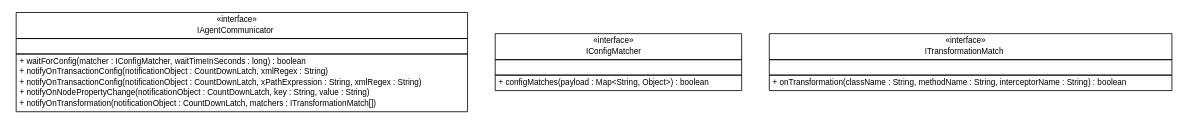
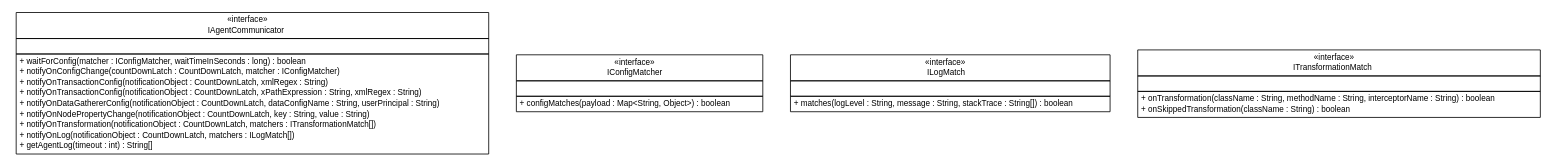
The diagram in application-agent-api/ApplicationAgentAPIJavadocs/com/appdynamics/apm/appagent/api/debug/com.appdynamics.apm.appagent.api.debug.dot (qldong/java-sdk), drawn with Graphviz before and after one commit. The commit also changed 49 other files, not shown here.

```diff
--- a/application-agent-api/ApplicationAgentAPIJavadocs/com/appdynamics/apm/appagent/api/debug/com.appdynamics.apm.appagent.api.debug.dot
+++ b/application-agent-api/ApplicationAgentAPIJavadocs/com/appdynamics/apm/appagent/api/debug/com.appdynamics.apm.appagent.api.debug.dot
@@ -1,55 +1,73 @@
 #!/usr/local/bin/dot
 #
 # Class diagram 
 # Generated by UMLGraph version 5.4 (http://www.umlgraph.org/)
 #
 
 digraph G {
 	edge [fontname="Helvetica",fontsize=10,labelfontname="Helvetica",labelfontsize=10];
 	node [fontname="Helvetica",fontsize=10,shape=plaintext];
 	nodesep=0.25;
 	ranksep=0.5;
 	// com.appdynamics.apm.appagent.api.debug.IAgentCommunicator
-	c7 [label=<<table title="com.appdynamics.apm.appagent.api.debug.IAgentCommunicator" border="0" cellborder="1" cellspacing="0" cellpadding="2" port="p" href="./IAgentCommunicator.html">
+	c11 [label=<<table title="com.appdynamics.apm.appagent.api.debug.IAgentCommunicator" border="0" cellborder="1" cellspacing="0" cellpadding="2" port="p" href="./IAgentCommunicator.html">
 		<tr><td><table border="0" cellspacing="0" cellpadding="1">
 <tr><td align="center" balign="center"> &#171;interface&#187; </td></tr>
 <tr><td align="center" balign="center"> IAgentCommunicator </td></tr>
 		</table></td></tr>
 		<tr><td><table border="0" cellspacing="0" cellpadding="1">
 <tr><td align="left" balign="left">  </td></tr>
 		</table></td></tr>
 		<tr><td><table border="0" cellspacing="0" cellpadding="1">
 <tr><td align="left" balign="left"> + waitForConfig(matcher : IConfigMatcher, waitTimeInSeconds : long) : boolean </td></tr>
+<tr><td align="left" balign="left"> + notifyOnConfigChange(countDownLatch : CountDownLatch, matcher : IConfigMatcher) </td></tr>
 <tr><td align="left" balign="left"> + notifyOnTransactionConfig(notificationObject : CountDownLatch, xmlRegex : String) </td></tr>
 <tr><td align="left" balign="left"> + notifyOnTransactionConfig(notificationObject : CountDownLatch, xPathExpression : String, xmlRegex : String) </td></tr>
+<tr><td align="left" balign="left"> + notifyOnDataGathererConfig(notificationObject : CountDownLatch, dataConfigName : String, userPrincipal : String) </td></tr>
 <tr><td align="left" balign="left"> + notifyOnNodePropertyChange(notificationObject : CountDownLatch, key : String, value : String) </td></tr>
 <tr><td align="left" balign="left"> + notifyOnTransformation(notificationObject : CountDownLatch, matchers : ITransformationMatch[]) </td></tr>
+<tr><td align="left" balign="left"> + notifyOnLog(notificationObject : CountDownLatch, matchers : ILogMatch[]) </td></tr>
+<tr><td align="left" balign="left"> + getAgentLog(timeout : int) : String[] </td></tr>
 		</table></td></tr>
 		</table>>, URL="./IAgentCommunicator.html", fontname="Helvetica", fontcolor="black", fontsize=10.0];
 	// com.appdynamics.apm.appagent.api.debug.IConfigMatcher
-	c8 [label=<<table title="com.appdynamics.apm.appagent.api.debug.IConfigMatcher" border="0" cellborder="1" cellspacing="0" cellpadding="2" port="p" href="./IConfigMatcher.html">
+	c12 [label=<<table title="com.appdynamics.apm.appagent.api.debug.IConfigMatcher" border="0" cellborder="1" cellspacing="0" cellpadding="2" port="p" href="./IConfigMatcher.html">
 		<tr><td><table border="0" cellspacing="0" cellpadding="1">
 <tr><td align="center" balign="center"> &#171;interface&#187; </td></tr>
 <tr><td align="center" balign="center"> IConfigMatcher </td></tr>
 		</table></td></tr>
 		<tr><td><table border="0" cellspacing="0" cellpadding="1">
 <tr><td align="left" balign="left">  </td></tr>
 		</table></td></tr>
 		<tr><td><table border="0" cellspacing="0" cellpadding="1">
 <tr><td align="left" balign="left"> + configMatches(payload : Map&lt;String, Object&gt;) : boolean </td></tr>
 		</table></td></tr>
 		</table>>, URL="./IConfigMatcher.html", fontname="Helvetica", fontcolor="black", fontsize=10.0];
+	// com.appdynamics.apm.appagent.api.debug.ILogMatch
+	c13 [label=<<table title="com.appdynamics.apm.appagent.api.debug.ILogMatch" border="0" cellborder="1" cellspacing="0" cellpadding="2" port="p" href="./ILogMatch.html">
+		<tr><td><table border="0" cellspacing="0" cellpadding="1">
+<tr><td align="center" balign="center"> &#171;interface&#187; </td></tr>
+<tr><td align="center" balign="center"> ILogMatch </td></tr>
+		</table></td></tr>
+		<tr><td><table border="0" cellspacing="0" cellpadding="1">
+<tr><td align="left" balign="left">  </td></tr>
+		</table></td></tr>
+		<tr><td><table border="0" cellspacing="0" cellpadding="1">
+<tr><td align="left" balign="left"> + matches(logLevel : String, message : String, stackTrace : String[]) : boolean </td></tr>
+		</table></td></tr>
+		</table>>, URL="./ILogMatch.html", fontname="Helvetica", fontcolor="black", fontsize=10.0];
 	// com.appdynamics.apm.appagent.api.debug.ITransformationMatch
-	c9 [label=<<table title="com.appdynamics.apm.appagent.api.debug.ITransformationMatch" border="0" cellborder="1" cellspacing="0" cellpadding="2" port="p" href="./ITransformationMatch.html">
+	c14 [label=<<table title="com.appdynamics.apm.appagent.api.debug.ITransformationMatch" border="0" cellborder="1" cellspacing="0" cellpadding="2" port="p" href="./ITransformationMatch.html">
 		<tr><td><table border="0" cellspacing="0" cellpadding="1">
 <tr><td align="center" balign="center"> &#171;interface&#187; </td></tr>
 <tr><td align="center" balign="center"> ITransformationMatch </td></tr>
 		</table></td></tr>
 		<tr><td><table border="0" cellspacing="0" cellpadding="1">
 <tr><td align="left" balign="left">  </td></tr>
 		</table></td></tr>
 		<tr><td><table border="0" cellspacing="0" cellpadding="1">
 <tr><td align="left" balign="left"> + onTransformation(className : String, methodName : String, interceptorName : String) : boolean </td></tr>
+<tr><td align="left" balign="left"> + onSkippedTransformation(className : String) : boolean </td></tr>
 		</table></td></tr>
 		</table>>, URL="./ITransformationMatch.html", fontname="Helvetica", fontcolor="black", fontsize=10.0];
 }
```
